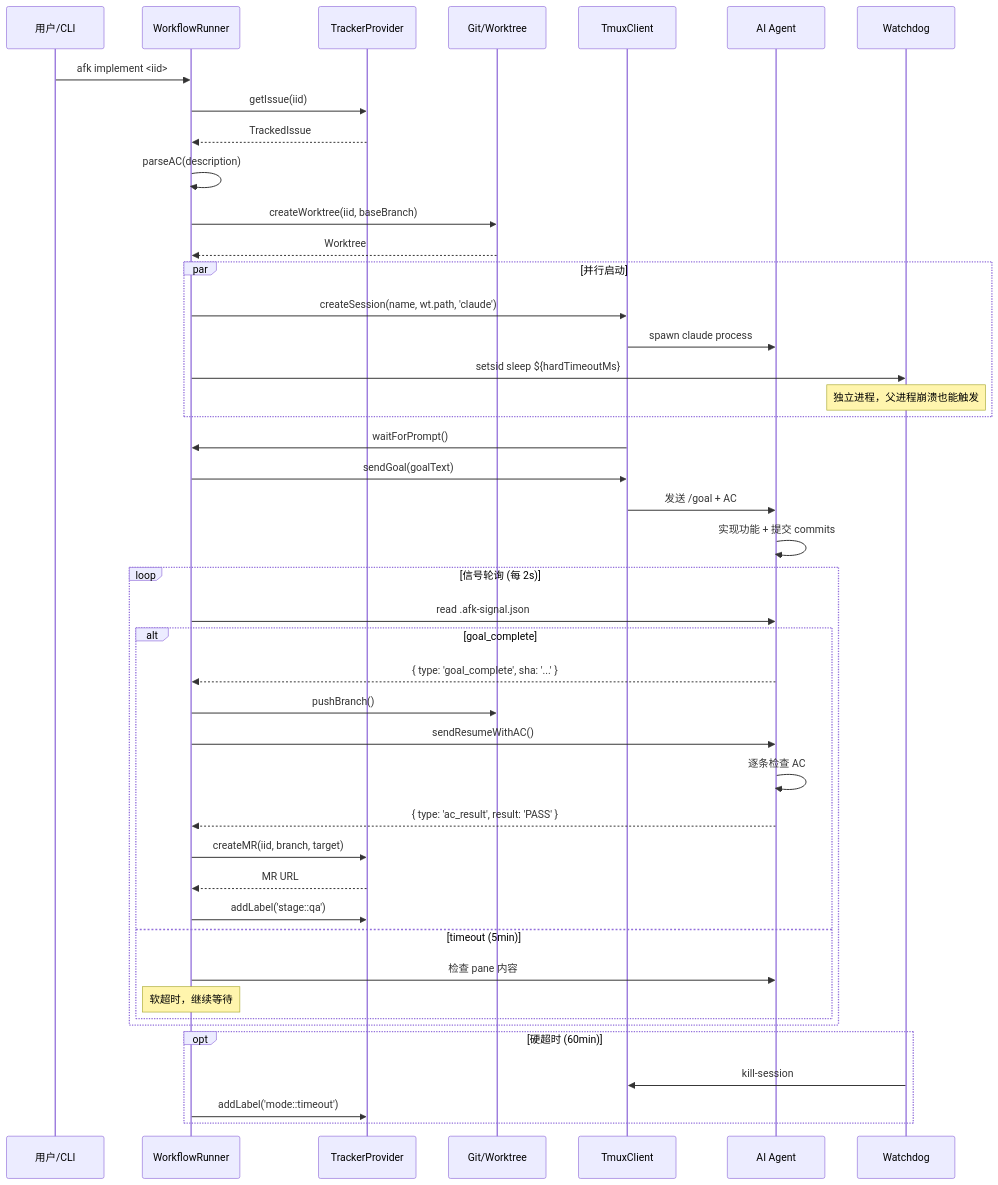
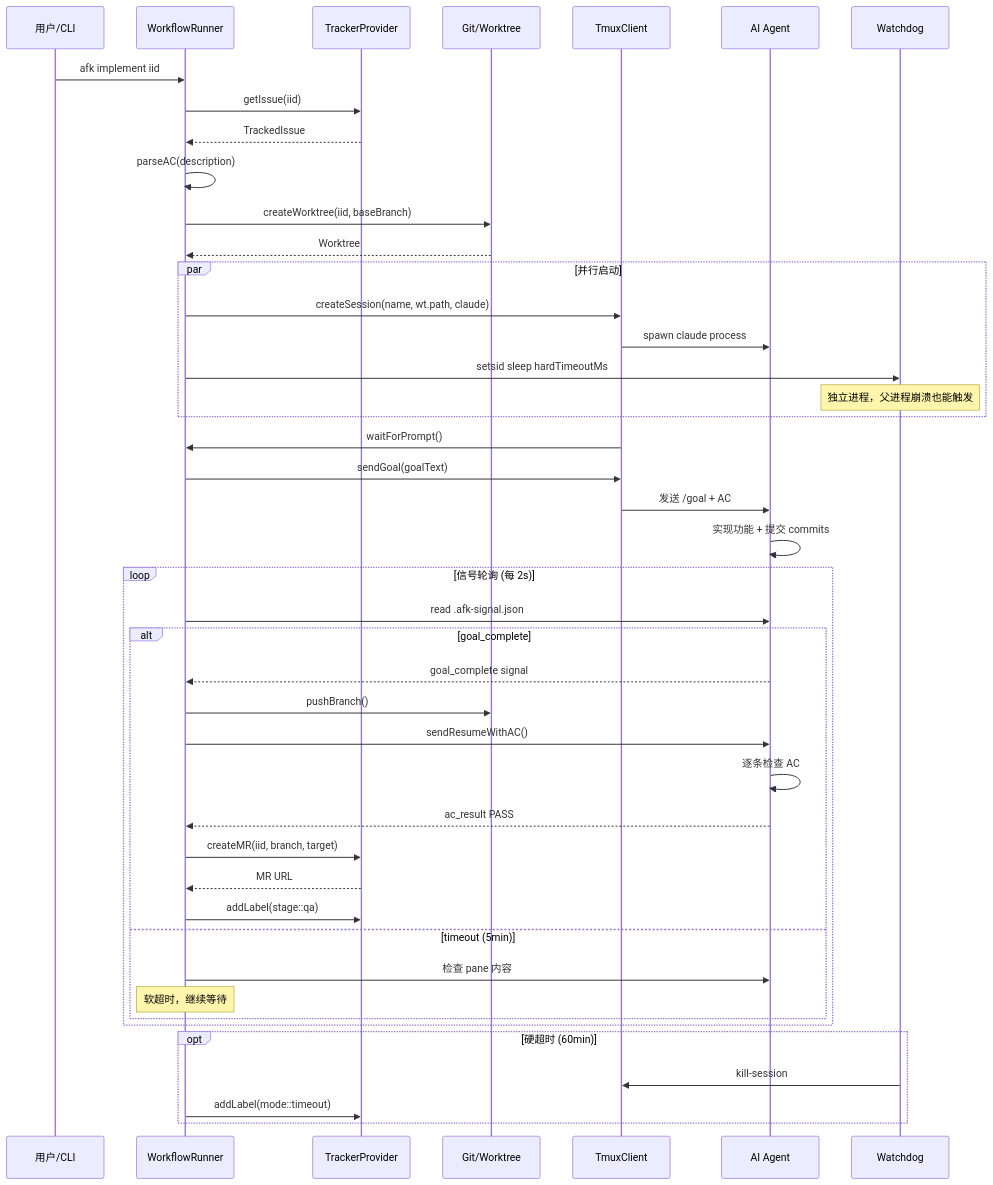
One commit to easyhaloo/afk changed the sixth of 10 diagrams in docs/ARCHITECTURE.md. Above: the diagram before and after it, drawn with Mermaid. The commit also changed other lines of this file and 1 other file, not shown here.

First line of the commit message:
fix(docs): 修复 Mermaid 图解析错误

````diff
--- a/docs/ARCHITECTURE.md
+++ b/docs/ARCHITECTURE.md
@@ -271,53 +285,53 @@
 ```mermaid
 sequenceDiagram
     participant U as 用户/CLI
     participant W as WorkflowRunner
     participant T as TrackerProvider
     participant G as Git/Worktree
     participant M as TmuxClient
     participant A as AI Agent
     participant Wd as Watchdog
 
-    U->>W: afk implement <iid>
+    U->>W: afk implement iid
     W->>T: getIssue(iid)
     T-->>W: TrackedIssue
     W->>W: parseAC(description)
 
     W->>G: createWorktree(iid, baseBranch)
     G-->>W: Worktree
 
     par 并行启动
-        W->>M: createSession(name, wt.path, 'claude')
+        W->>M: createSession(name, wt.path, claude)
         M->>A: spawn claude process
-        W->>Wd: setsid sleep ${hardTimeoutMs}
+        W->>Wd: setsid sleep hardTimeoutMs
         Note over Wd: 独立进程，父进程崩溃也能触发
     end
 
     M->>W: waitForPrompt()
     W->>M: sendGoal(goalText)
     M->>A: 发送 /goal + AC
 
     A->>A: 实现功能 + 提交 commits
 
     loop 信号轮询 (每 2s)
         W->>A: read .afk-signal.json
         alt goal_complete
-            A-->>W: { type: 'goal_complete', sha: '...' }
+            A-->>W: goal_complete signal
             W->>G: pushBranch()
             W->>A: sendResumeWithAC()
             A->>A: 逐条检查 AC
-            A-->>W: { type: 'ac_result', result: 'PASS' }
+            A-->>W: ac_result PASS
             W->>T: createMR(iid, branch, target)
             T-->>W: MR URL
-            W->>T: addLabel('stage::qa')
+            W->>T: addLabel(stage::qa)
         else timeout (5min)
             W->>A: 检查 pane 内容
             Note over W: 软超时，继续等待
         end
     end
 
     opt 硬超时 (60min)
         Wd->>M: kill-session
-        W->>T: addLabel('mode::timeout')
+        W->>T: addLabel(mode::timeout)
     end
 ```
````
